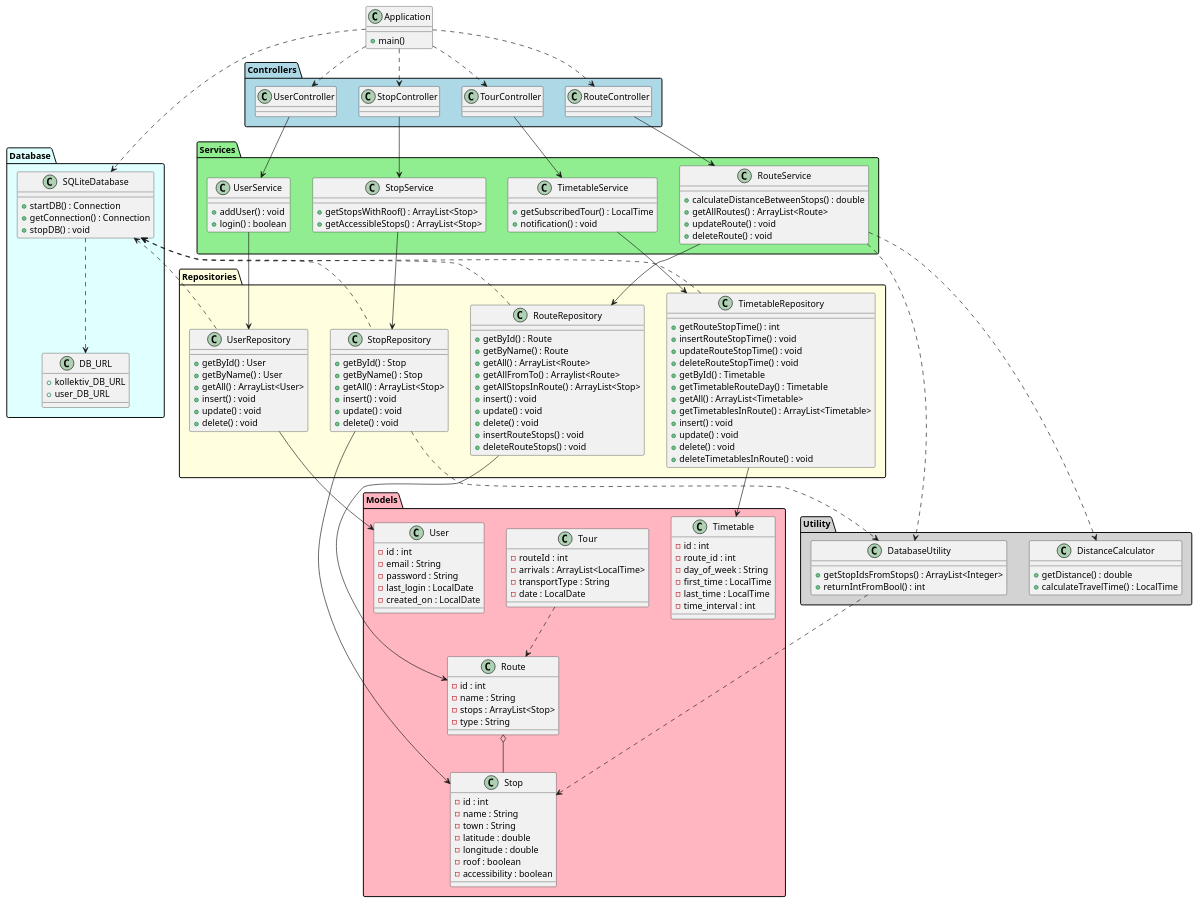
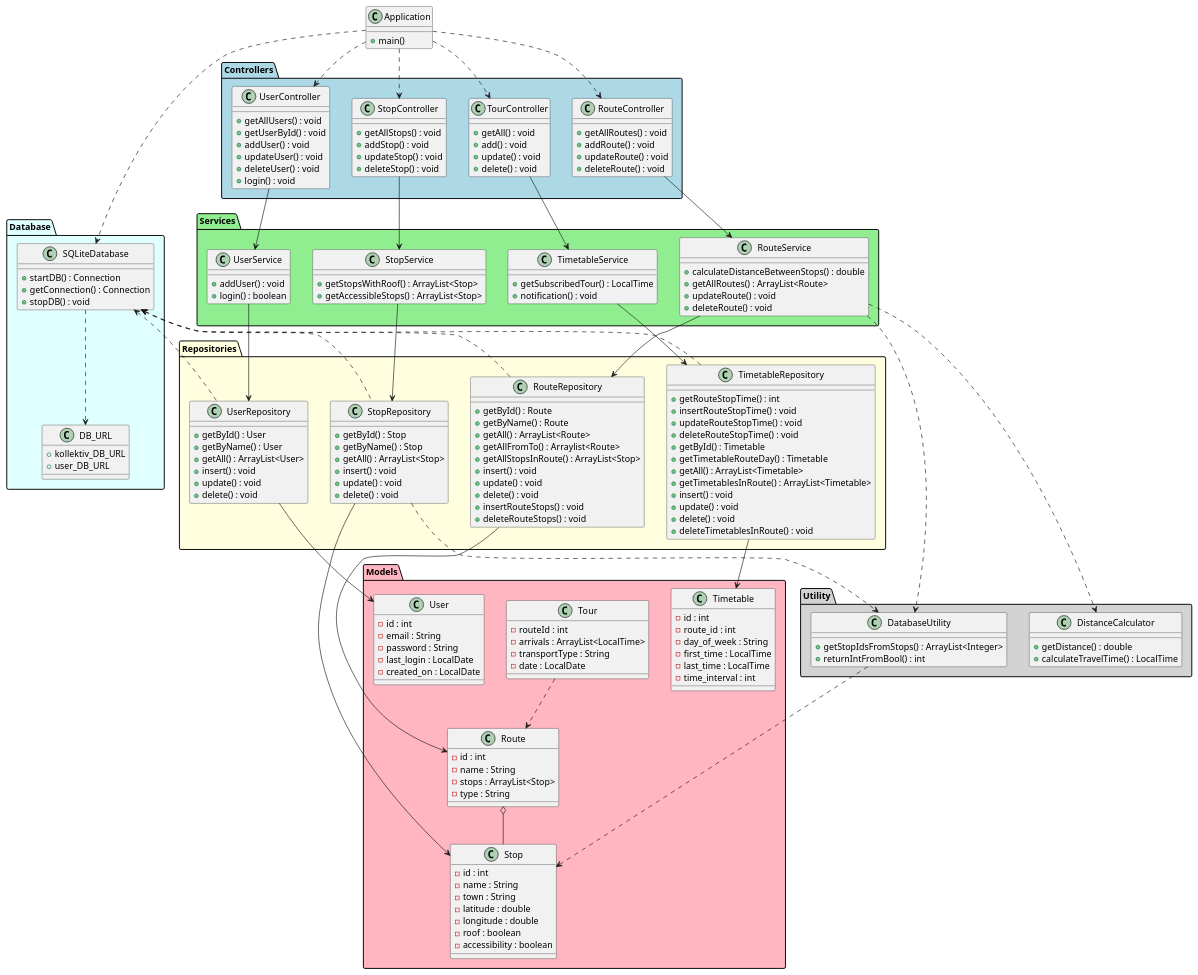
The diagram in MainProject/diagram/Sprint4ClassDiagram.puml (Wilbnil/SoftwareEngineering17---Kollektivtrafikk), drawn with PlantUML before and after one commit.

Commit message:
On branch 54-class-diagram: Updated Sprint4ClassDiagram: The controllers now show their methods and return type

```diff
--- a/MainProject/diagram/Sprint4ClassDiagram.puml
+++ b/MainProject/diagram/Sprint4ClassDiagram.puml
@@ -8,10 +8,34 @@
 
 ' Controllers
 package "Controllers" #LightBlue {
-    class StopController
-    class RouteController
-    class TourController
-    class UserController
+    class StopController {
+        + getAllStops() : void
+        + addStop() : void
+        + updateStop() : void
+        + deleteStop() : void
+    }
+
+    class RouteController {
+        + getAllRoutes() : void
+        + addRoute() : void
+        + updateRoute() : void
+        + deleteRoute() : void
+    }
+
+    class TourController {
+        + getAll() : void
+        + add() : void
+        + update() : void
+        + delete() : void
+    }
+    class UserController {
+        + getAllUsers() : void
+        + getUserById() : void
+        + addUser() : void
+        + updateUser() : void
+        + deleteUser() : void
+        + login() : void
+    }
 }
 
 ' Services
```
